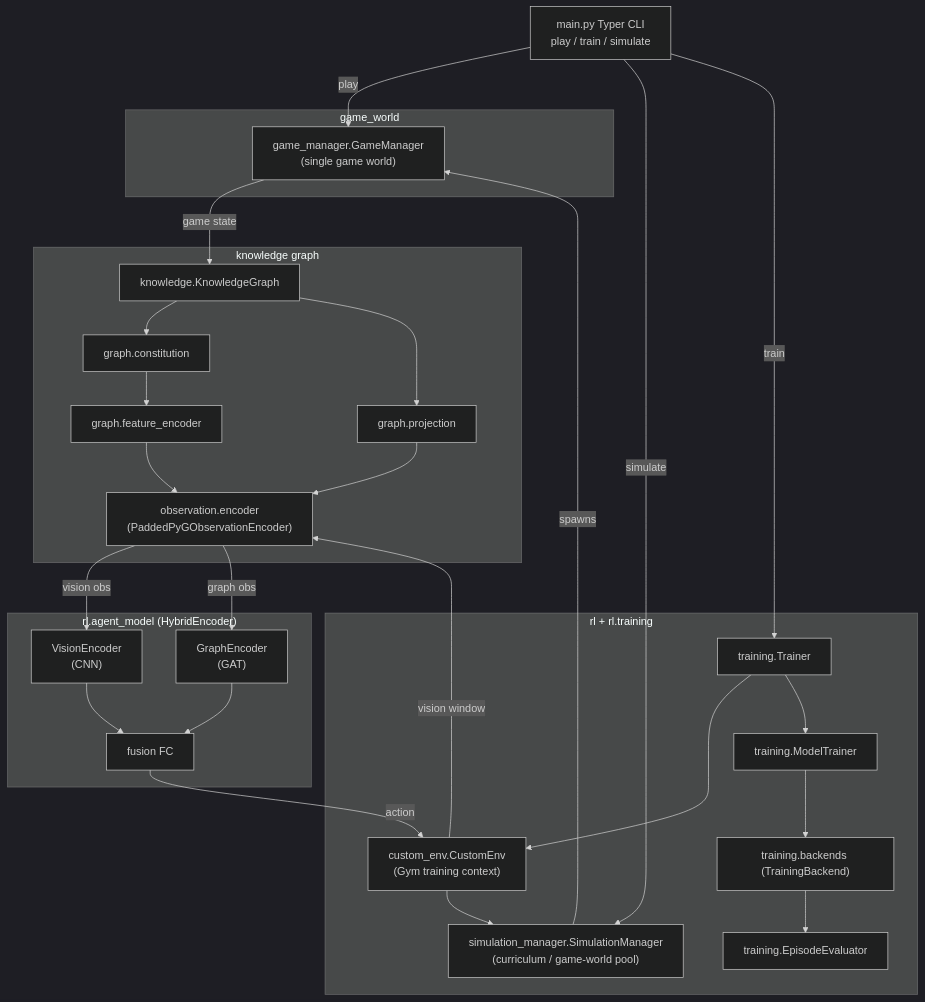
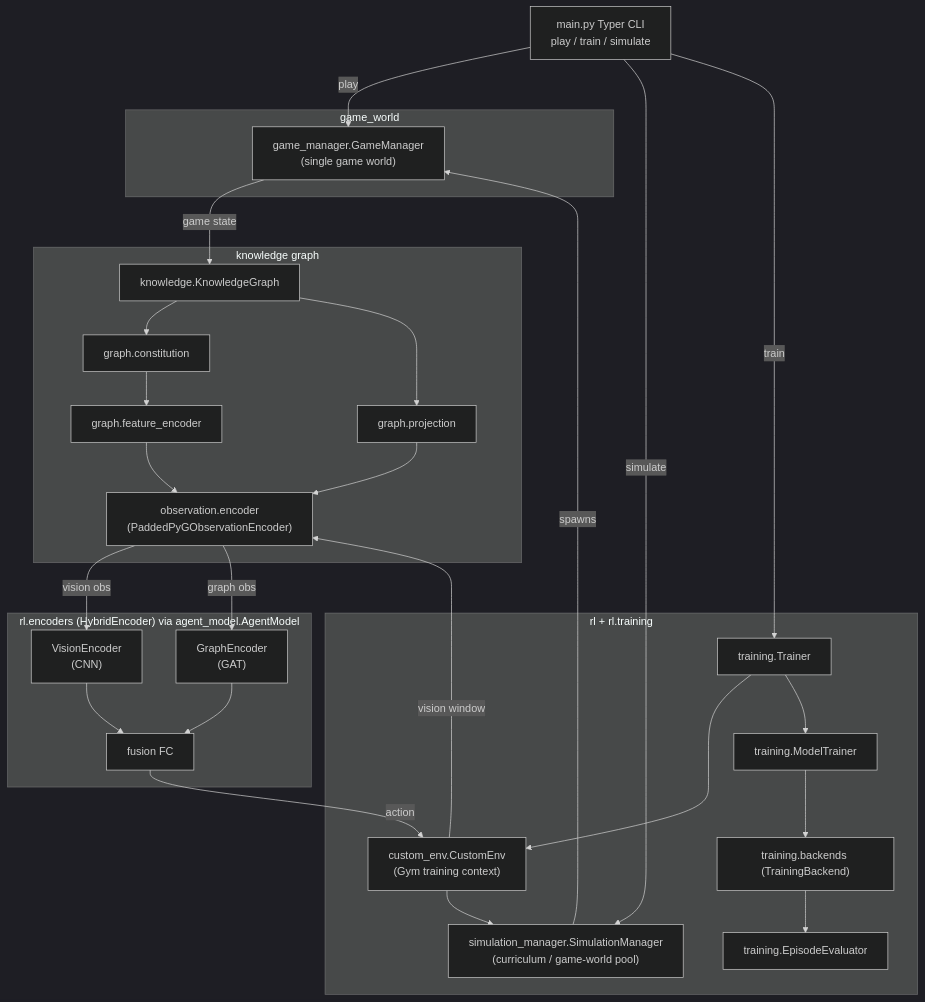
The diagram in README.md (antoniomangoni/tsp_rl_kg), drawn with Mermaid (dark theme) before and after one commit. The commit also changed other lines of this file and 7 other files, not shown here.

````diff
--- a/README.md
+++ b/README.md
@@ -20,49 +20,49 @@
 ```mermaid
 flowchart TD
     CLI["main.py Typer CLI\nplay / train / simulate"]
 
     subgraph GameWorldPkg["game_world"]
       GM["game_manager.GameManager\n(single game world)"]
     end
 
     subgraph TrainPkg["rl + rl.training"]
       ENV["custom_env.CustomEnv\n(Gym training context)"]
       SIM["simulation_manager.SimulationManager\n(curriculum / game-world pool)"]
       TR["training.Trainer"]
       MT["training.ModelTrainer"]
       BE["training.backends (TrainingBackend)"]
       EV["training.EpisodeEvaluator"]
       ENV --> SIM
       TR --> ENV
       TR --> MT --> BE --> EV
     end
 
     subgraph KGObsPkg["knowledge graph"]
       KG["knowledge.KnowledgeGraph"]
       CON["graph.constitution"]
       FE["graph.feature_encoder"]
       PROJ["graph.projection"]
       OE["observation.encoder\n(PaddedPyGObservationEncoder)"]
       KG --> CON --> FE --> OE
       KG --> PROJ --> OE
     end
 
-    subgraph ModelPkg["rl.agent_model (HybridEncoder)"]
+    subgraph ModelPkg["rl.encoders (HybridEncoder) via agent_model.AgentModel"]
       CNN["VisionEncoder\n(CNN)"]
       GAT["GraphEncoder\n(GAT)"]
       FUSION["fusion FC"]
       CNN --> FUSION
       GAT --> FUSION
     end
 
     CLI -->|play| GM
     CLI -->|simulate| SIM
     CLI -->|train| TR
 
     SIM -->|"spawns"| GM
     GM -->|"game state"| KG
     ENV -->|"vision window"| OE
     OE -->|"vision obs"| CNN
     OE -->|"graph obs"| GAT
     FUSION -->|"action"| ENV
 ```
````
